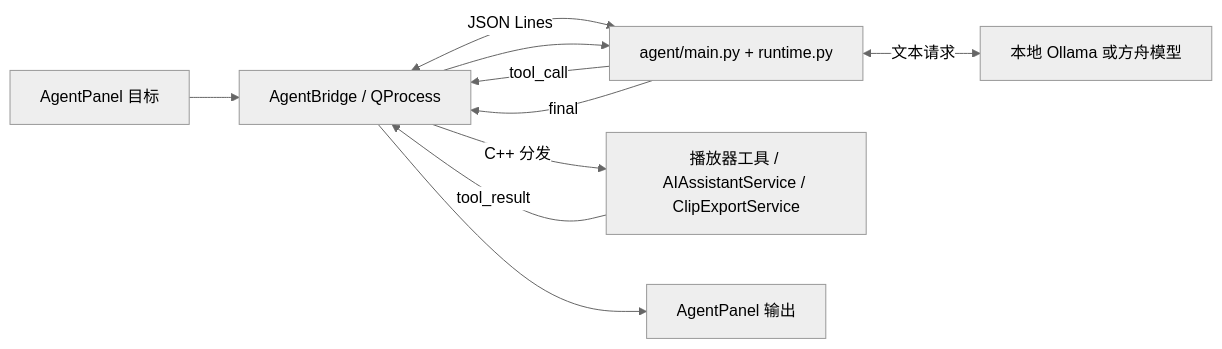
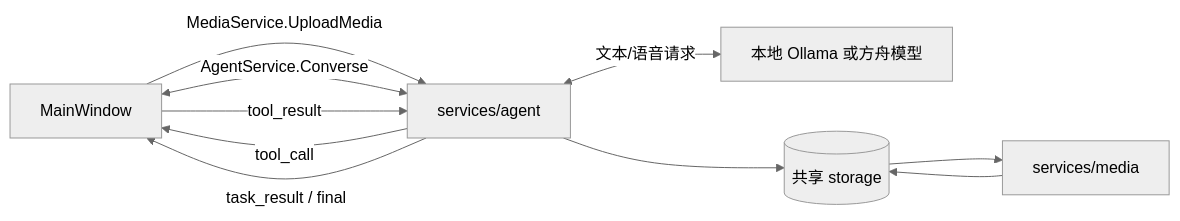
The third of 3 diagrams in README.md (Qiao12-pixel/avplayer), drawn with Mermaid (neutral theme) before and after one commit. The commit also changed other lines of this file and 209 other files, not shown here.

````diff
--- a/README.md
+++ b/README.md
@@ -189,12 +198,12 @@
 ```mermaid
 flowchart LR
-    Goal[AgentPanel 目标] --> Bridge[AgentBridge / QProcess]
-    Bridge <-->|JSON Lines| Runtime[agent/main.py + runtime.py]
-    Runtime <-->|文本请求| Model[本地 Ollama 或方舟模型]
-    Runtime -->|tool_call| Bridge
-    Bridge -->|C++ 分发| Tools[播放器工具 / AIAssistantService / ClipExportService]
-    Tools -->|tool_result| Bridge
-    Bridge --> Runtime
-    Runtime -->|final| Bridge
-    Bridge --> UI[AgentPanel 输出]
+    Player[MainWindow] -->|MediaService.UploadMedia| Agent[services/agent]
+    Player <-->|AgentService.Converse| Agent
+    Agent <-->|文本/语音请求| Model[本地 Ollama 或方舟模型]
+    Agent -->|tool_call| Player
+    Player -->|tool_result| Agent
+    Agent -->|task_result / final| Player
+    Agent --> Store[(共享 storage)]
+    Media[services/media] --> Store
+    Store --> Media
 ```
````
